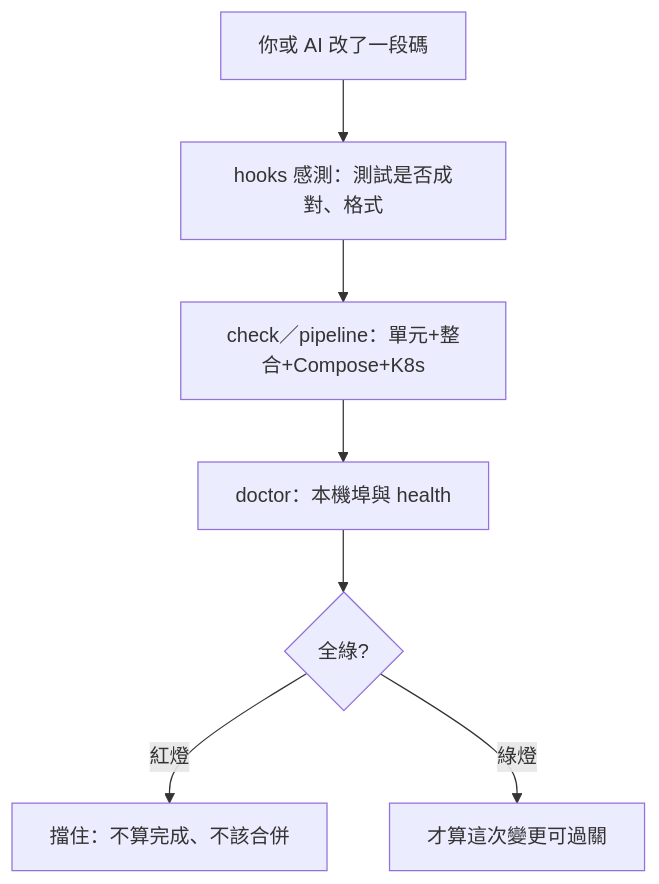
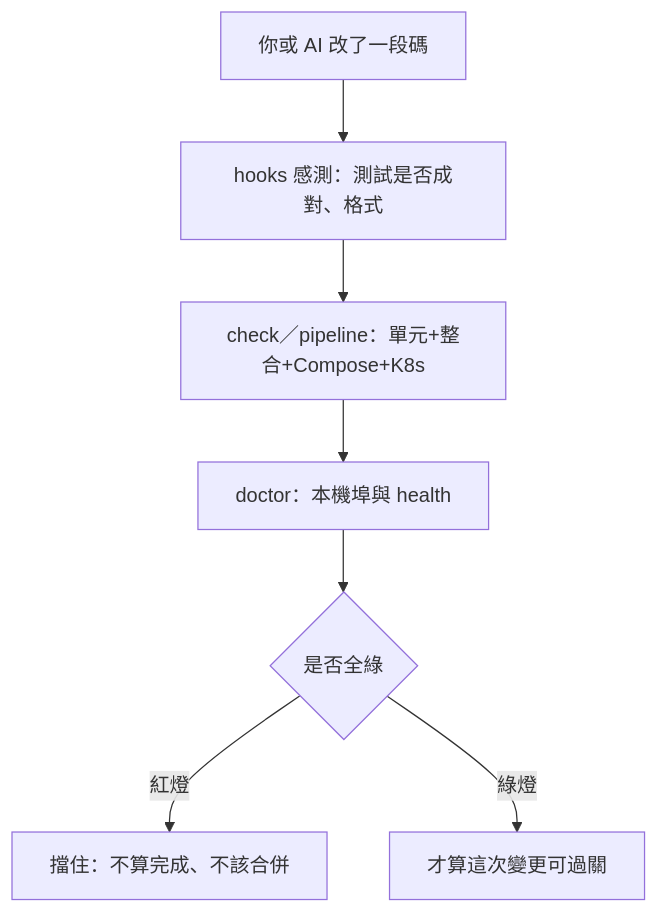
The second of 2 diagrams in docs/_md/guides/engineering-norms.md (johnGitHub24/FinTechDemo), drawn with Mermaid before and after one commit. The commit also changed other lines of this file and 8 other files, not shown here.

First line of the commit message:
Fix Mermaid 10.9 render and UTF-8 docs serve; switch ensure cmd for K8s mode.

````diff
--- a/docs/_md/guides/engineering-norms.md
+++ b/docs/_md/guides/engineering-norms.md
@@ -60,14 +60,14 @@
 ```mermaid
 flowchart TD
   CHANGE["你或 AI 改了一段碼"]
   HOOK["hooks 感測：測試是否成對、格式"]
   CHECK["check／pipeline：單元+整合+Compose+K8s"]
   DOCTOR["doctor：本機埠與 health"]
-  BLOCK{"全綠?"}
+  BLOCK{"是否全綠"}
   NO["擋住：不算完成、不該合併"]
   YES["才算這次變更可過關"]
 
   CHANGE --> HOOK --> CHECK --> DOCTOR --> BLOCK
   BLOCK -->|紅燈| NO
   BLOCK -->|綠燈| YES
 ```
````
